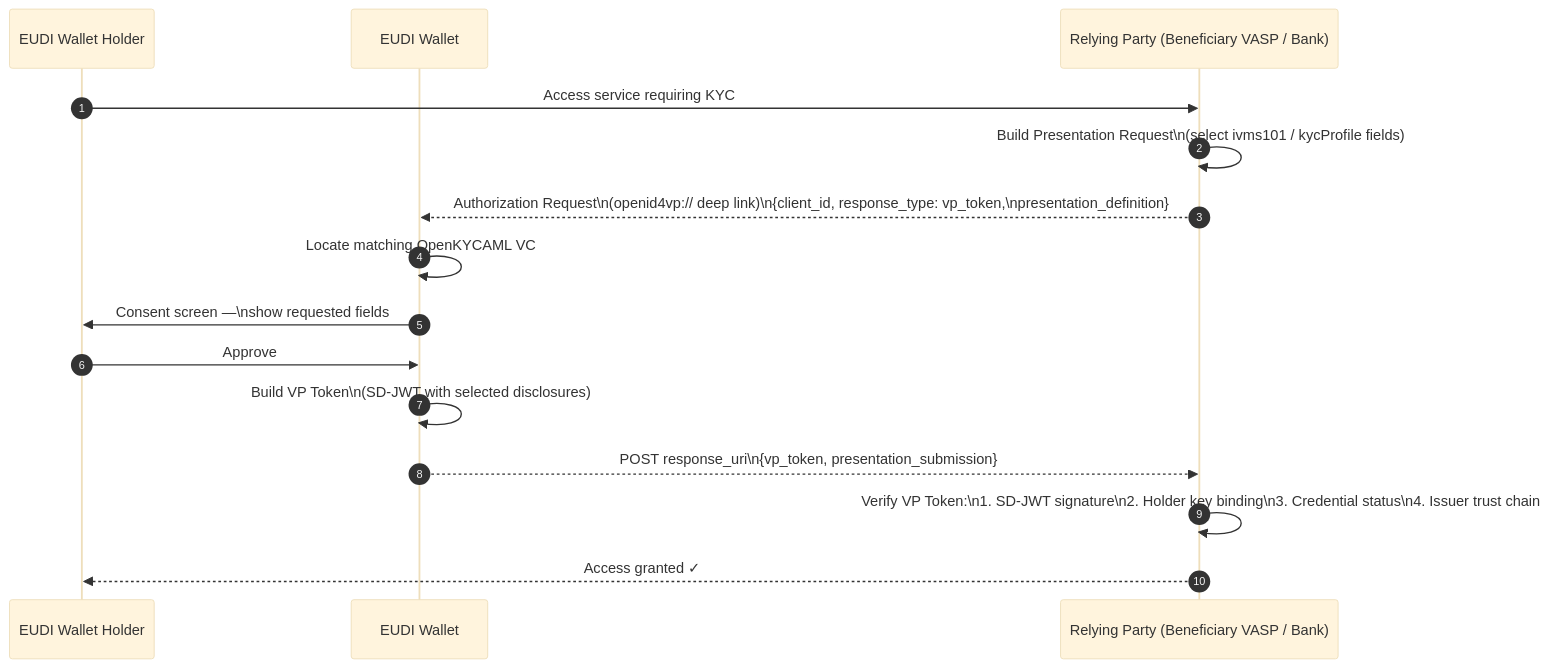
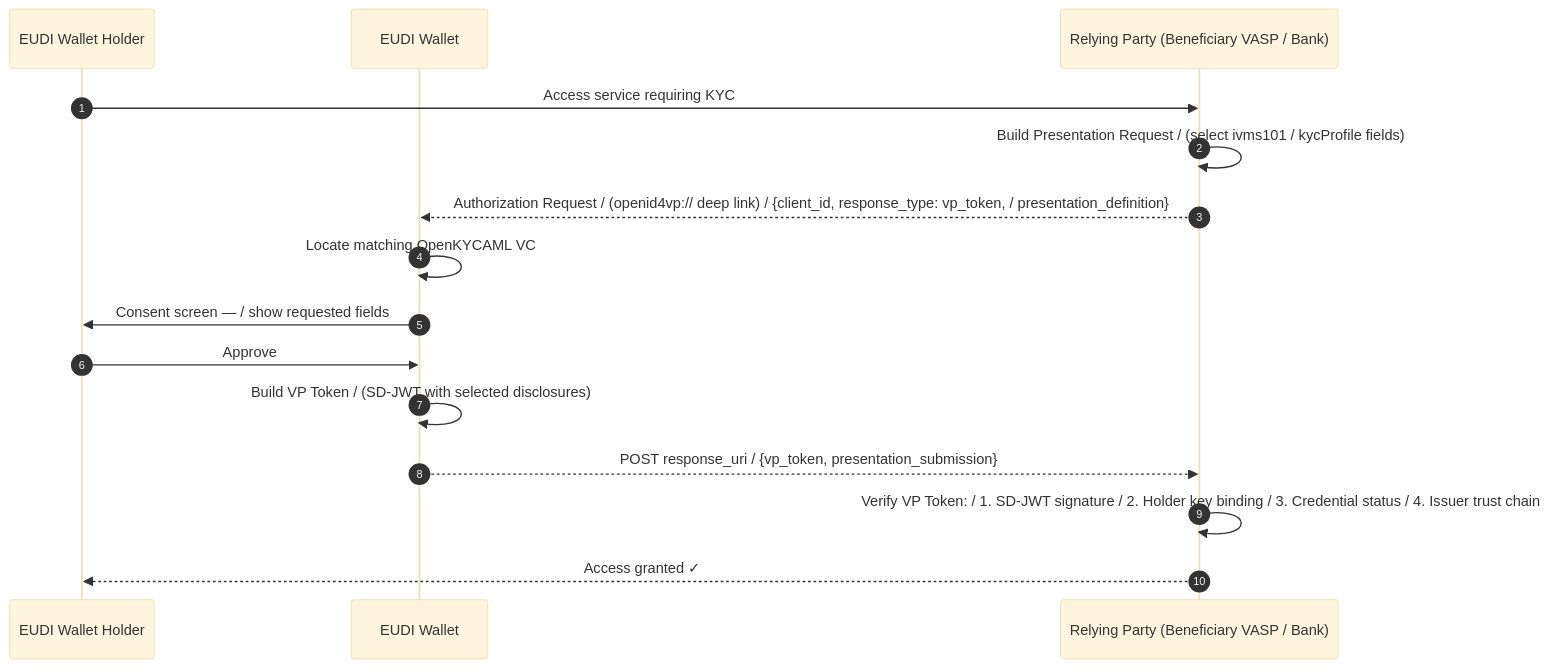
The fourth of 8 diagrams in docs/diagrams/eidas-sequence-diagrams.md (Lazy-Jack-Ltd/OpenKYCAML), drawn with Mermaid (base theme) before and after one commit. The commit also changed other lines of this file and 2 other files, not shown here.

Commit message:
feat: update sequence diagrams for eIDAS and Travel Rule — improve clarity and consistency in Mermaid syntax

````diff
--- a/docs/diagrams/eidas-sequence-diagrams.md
+++ b/docs/diagrams/eidas-sequence-diagrams.md
@@ -112,18 +112,18 @@
 ```mermaid
 sequenceDiagram
     autonumber
     participant Holder as EUDI Wallet Holder
     participant Wallet as EUDI Wallet
     participant Verifier as Relying Party (Beneficiary VASP / Bank)
 
     Holder->>Verifier: Access service requiring KYC
-    Verifier->>Verifier: Build Presentation Request\n(select ivms101 / kycProfile fields)
-    Verifier-->>Wallet: Authorization Request\n(openid4vp:// deep link)\n{client_id, response_type: vp_token,\npresentation_definition}
+    Verifier->>Verifier: Build Presentation Request / (select ivms101 / kycProfile fields)
+    Verifier-->>Wallet: Authorization Request / (openid4vp:// deep link) / {client_id, response_type: vp_token, / presentation_definition}
     Wallet->>Wallet: Locate matching OpenKYCAML VC
-    Wallet->>Holder: Consent screen —\nshow requested fields
+    Wallet->>Holder: Consent screen — / show requested fields
     Holder->>Wallet: Approve
-    Wallet->>Wallet: Build VP Token\n(SD-JWT with selected disclosures)
-    Wallet-->>Verifier: POST response_uri\n{vp_token, presentation_submission}
-    Verifier->>Verifier: Verify VP Token:\n1. SD-JWT signature\n2. Holder key binding\n3. Credential status\n4. Issuer trust chain
+    Wallet->>Wallet: Build VP Token / (SD-JWT with selected disclosures)
+    Wallet-->>Verifier: POST response_uri / {vp_token, presentation_submission}
+    Verifier->>Verifier: Verify VP Token: / 1. SD-JWT signature / 2. Holder key binding / 3. Credential status / 4. Issuer trust chain
     Verifier-->>Holder: Access granted ✓
 ```
````
